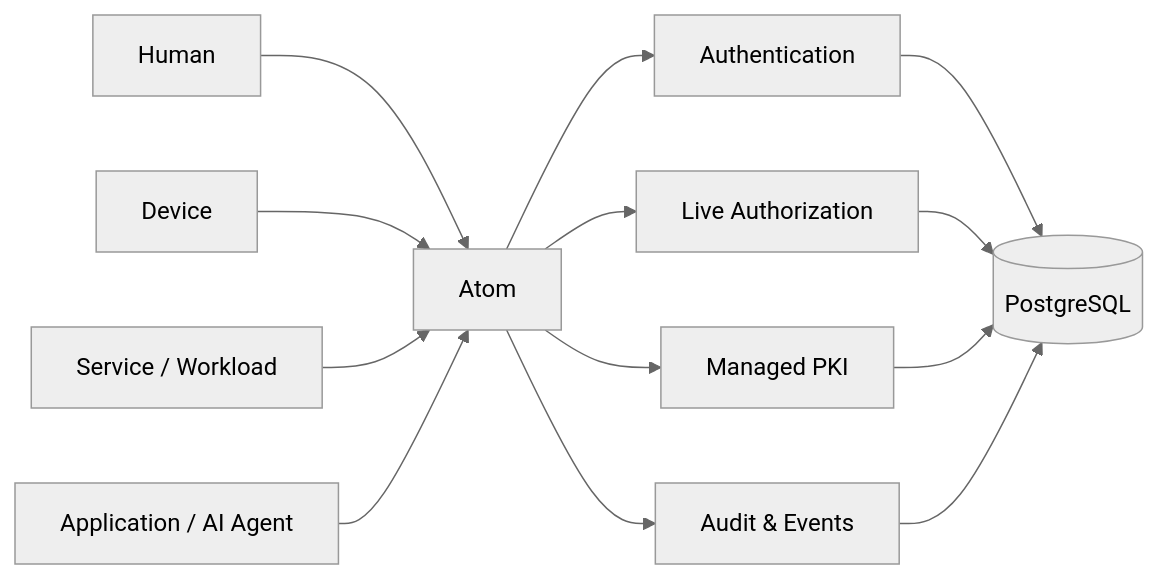
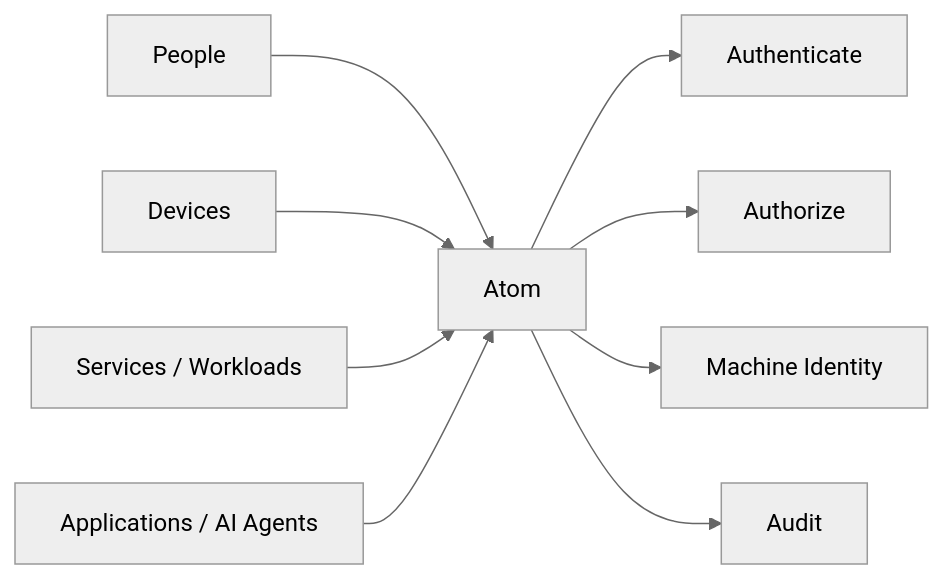
Before and after one commit to absmach/website: the diagram in src/content/blogs/atom-v1-0-0-release.md, drawn with Mermaid (neutral theme). The commit also changed other lines of this file, not shown here.

Commit message:
Revise Atom v1.0.0 release blog

````diff
--- a/src/content/blogs/atom-v1-0-0-release.md
+++ b/src/content/blogs/atom-v1-0-0-release.md
@@ -65,17 +51,12 @@
 ```mermaid
 flowchart LR
-    Human["Human"] --> ATOM["Atom"]
-    Device["Device"] --> ATOM
-    Service["Service / Workload"] --> ATOM
-    Agent["Application / AI Agent"] --> ATOM
+    Human["People"] --> ATOM["Atom"]
+    Device["Devices"] --> ATOM
+    Service["Services / Workloads"] --> ATOM
+    Agent["Applications / AI Agents"] --> ATOM
 
-    ATOM --> AUTHN["Authentication"]
-    ATOM --> AUTHZ["Live Authorization"]
-    ATOM --> PKI["Managed PKI"]
-    ATOM --> AUDIT["Audit & Events"]
-
-    AUTHN --> PG[(PostgreSQL)]
-    AUTHZ --> PG
-    PKI --> PG
-    AUDIT --> PG
+    ATOM --> AUTHN["Authenticate"]
+    ATOM --> AUTHZ["Authorize"]
+    ATOM --> PKI["Machine Identity"]
+    ATOM --> AUDIT["Audit"]
 ```
````
